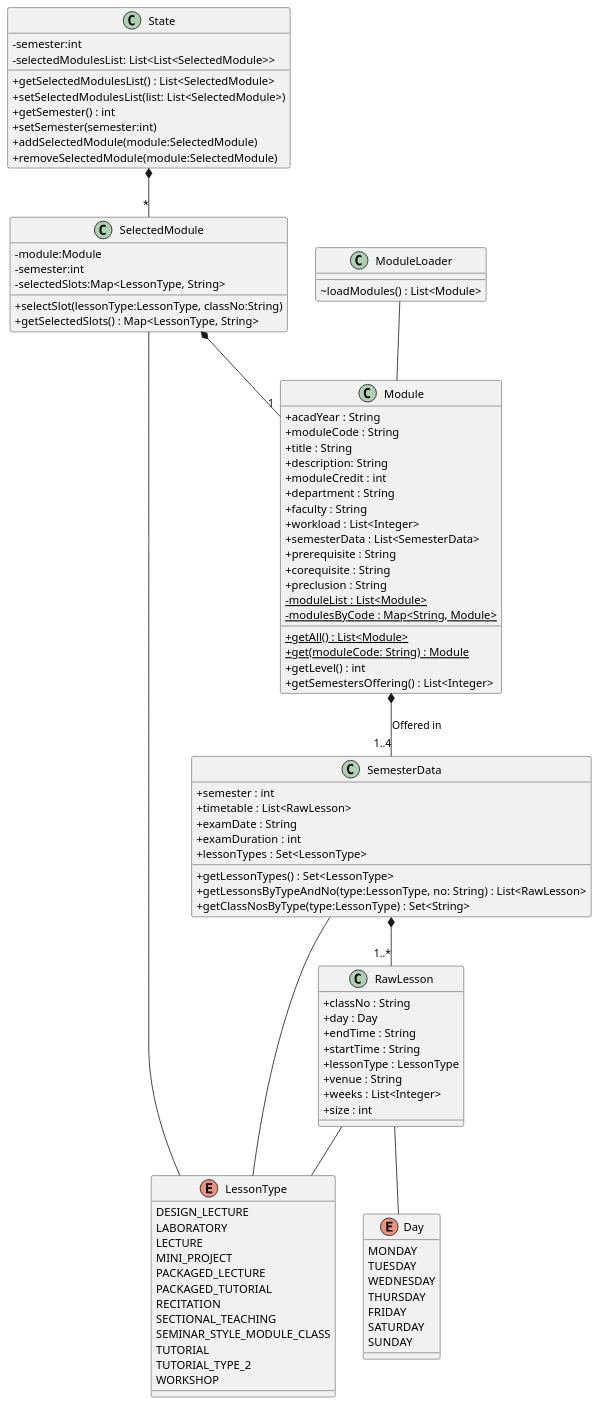
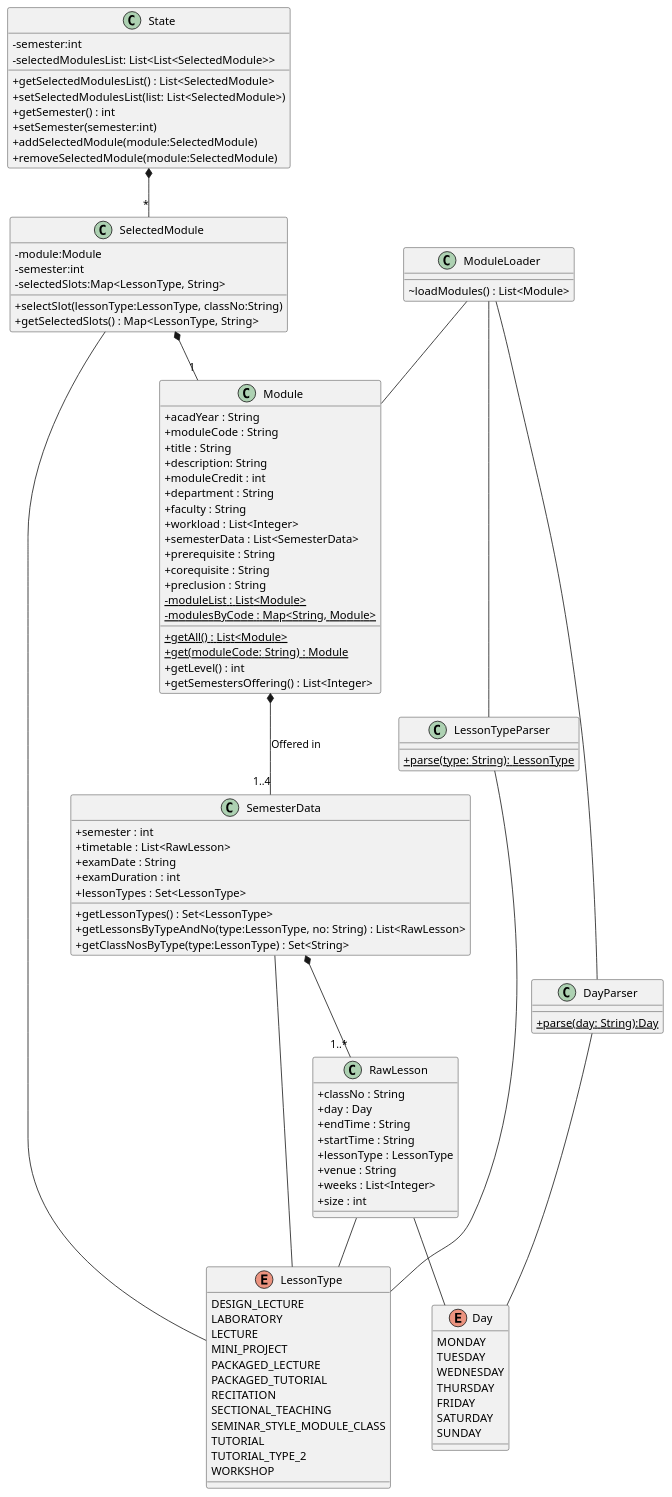
One commit to nus-cs2113-AY2223S1/tp changed the diagram in docs/UMLdiagrams/model.puml. Above: the diagram before and after it, drawn with PlantUML. The commit also changed 1 other file, not shown here.

Commit message:
Add parser into the model class diagram

```diff
--- a/docs/UMLdiagrams/model.puml
+++ b/docs/UMLdiagrams/model.puml
@@ -1,112 +1,123 @@
 @startuml
 skinparam classAttributeIconSize 0
 
 
 class State {
 - semester:int
 - selectedModulesList: List<List<SelectedModule>>
 + getSelectedModulesList() : List<SelectedModule>
 + setSelectedModulesList(list: List<SelectedModule>)
 + getSemester() : int
 + setSemester(semester:int)
 + addSelectedModule(module:SelectedModule)
 + removeSelectedModule(module:SelectedModule)
 }
 
 State *-- "*" SelectedModule
 
 class SelectedModule {
 - module:Module
 - semester:int
 - selectedSlots:Map<LessonType, String>
 + selectSlot(lessonType:LessonType, classNo:String)
 + getSelectedSlots() : Map<LessonType, String>
 }
 
 SelectedModule *-- "1" Module
 
 class ModuleLoader {
 ~ loadModules() : List<Module>
 }
 
 ModuleLoader -- Module
 
 class Module {
 + acadYear : String
 + moduleCode : String
 + title : String
 + description: String
 + moduleCredit : int
 + department : String
 + faculty : String
 + workload : List<Integer>
 + semesterData : List<SemesterData>
 + prerequisite : String
 + corequisite : String
 + preclusion : String
 {static} - moduleList : List<Module>
 {static} - modulesByCode : Map<String, Module>
 {static} + getAll() : List<Module>
 {static} + get(moduleCode: String) : Module
 + getLevel() : int
 + getSemestersOffering() : List<Integer>
 }
 
 class SemesterData {
 + semester : int
 + timetable : List<RawLesson>
 + examDate : String
 + examDuration : int
 + lessonTypes : Set<LessonType>
 + getLessonTypes() : Set<LessonType>
 + getLessonsByTypeAndNo(type:LessonType, no: String) : List<RawLesson>
 + getClassNosByType(type:LessonType) : Set<String>
 }
 
 Module *-- "1..4" SemesterData : Offered in
 
 class RawLesson {
 + classNo : String
 + day : Day
 + endTime : String
 + startTime : String
 + lessonType : LessonType
 + venue : String
 + weeks : List<Integer>
 + size : int
 }
 
 SemesterData *-- "1..*" RawLesson
 
 enum LessonType {
     DESIGN_LECTURE
     LABORATORY
     LECTURE
     MINI_PROJECT
     PACKAGED_LECTURE
     PACKAGED_TUTORIAL
     RECITATION
     SECTIONAL_TEACHING
     SEMINAR_STYLE_MODULE_CLASS
     TUTORIAL
     TUTORIAL_TYPE_2
     WORKSHOP
 }
 
 enum Day {
     MONDAY
     TUESDAY
     WEDNESDAY
     THURSDAY
     FRIDAY
     SATURDAY
     SUNDAY
 }
 
+class LessonTypeParser {
+{static} + parse(type: String): LessonType
+}
+
+class DayParser {
+{static} + parse(day: String):Day
+}
+
+ModuleLoader -- LessonTypeParser
+ModuleLoader -- DayParser
+LessonTypeParser -- LessonType
+DayParser -- Day
+
 SelectedModule -- LessonType
 SemesterData -- LessonType
 RawLesson -- LessonType
 RawLesson -- Day
-
-
 @enduml
```
